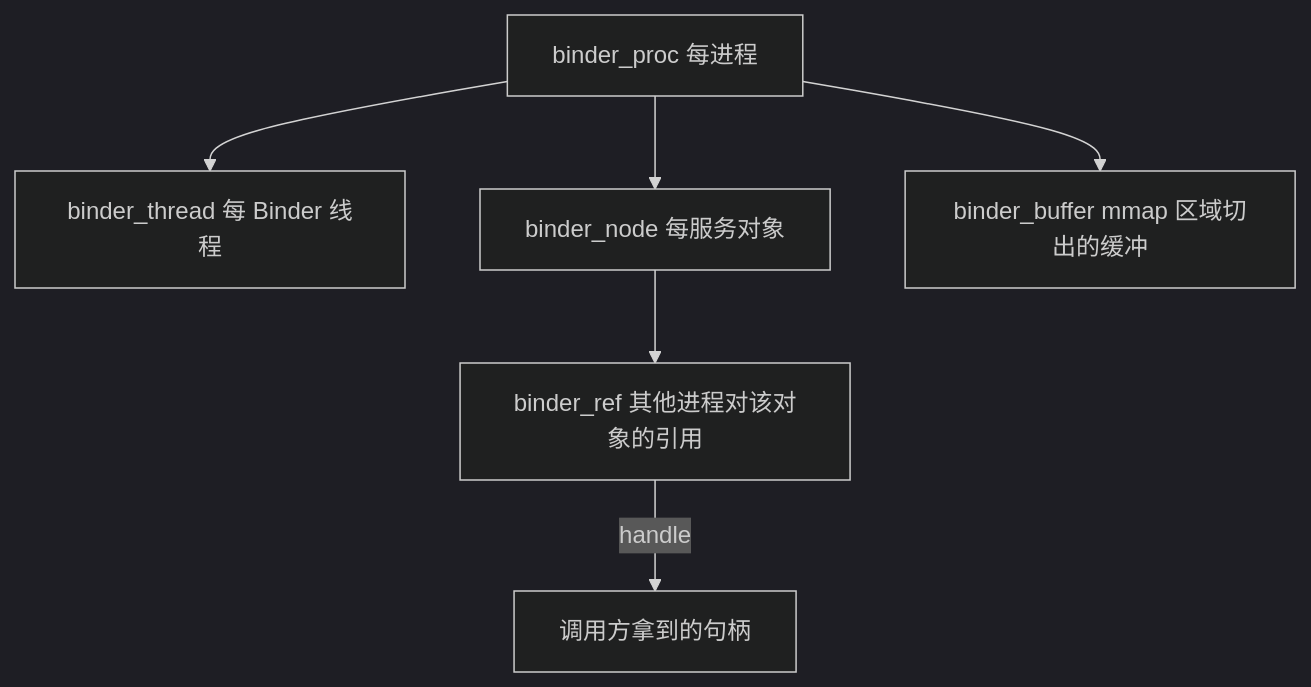
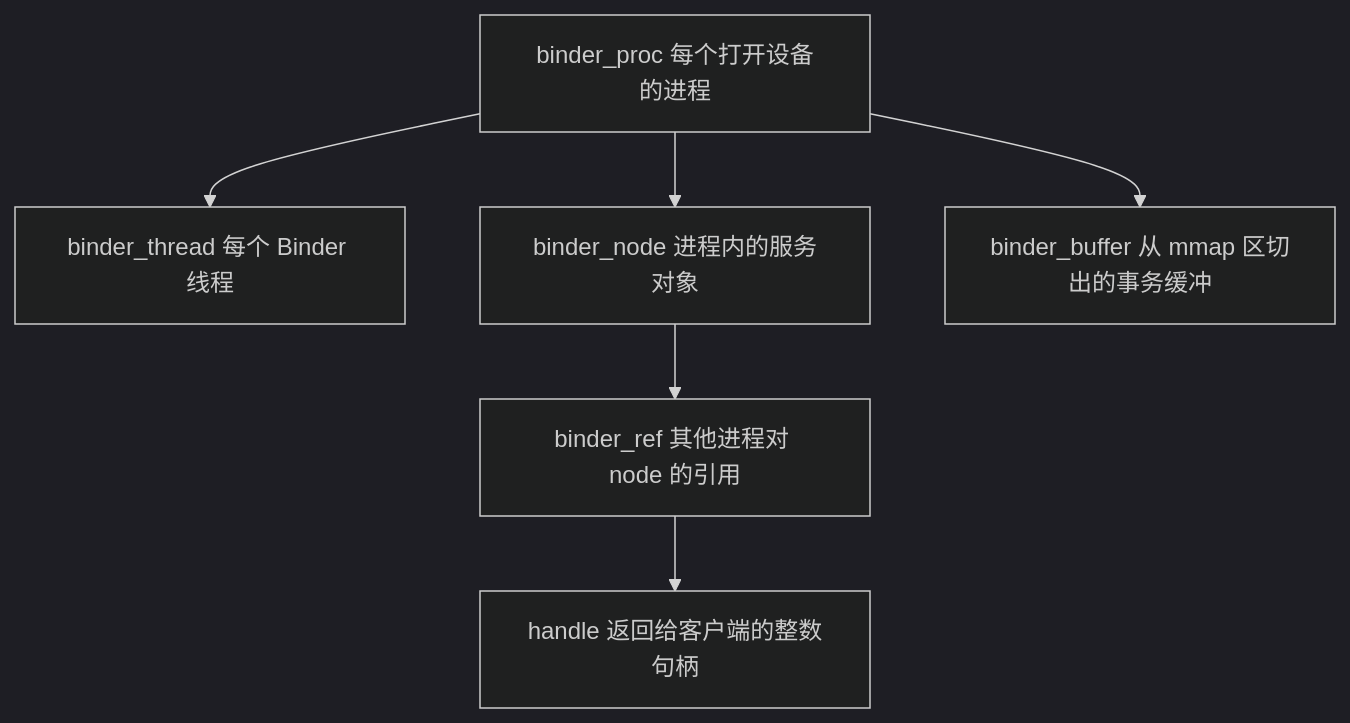
Before and after one commit to coswit/coswit.github.io: the second of 2 diagrams in Android/深入理解Android卷I/05-深入理解Binder.md, drawn with Mermaid (dark theme). The commit also changed other lines of this file and 81 other files, not shown here.

````diff
--- a/Android/深入理解Android卷I/05-深入理解Binder.md
+++ b/Android/深入理解Android卷I/05-深入理解Binder.md
@@ -194,8 +853,8 @@
 ```mermaid
 graph TD
-    A[binder_proc 每进程] --> B[binder_thread 每 Binder 线程]
-    A --> C[binder_node 每服务对象]
-    A --> D[binder_buffer mmap 区域切出的缓冲]
-    C --> E[binder_ref 其他进程对该对象的引用]
-    E -->|handle| F[调用方拿到的句柄]
+    P[binder_proc 每个打开设备的进程] --> T[binder_thread 每个 Binder 线程]
+    P --> N[binder_node 进程内的服务对象]
+    P --> B[binder_buffer 从 mmap 区切出的事务缓冲]
+    N --> R[binder_ref 其他进程对 node 的引用]
+    R --> H[handle 返回给客户端的整数句柄]
 ```
````
